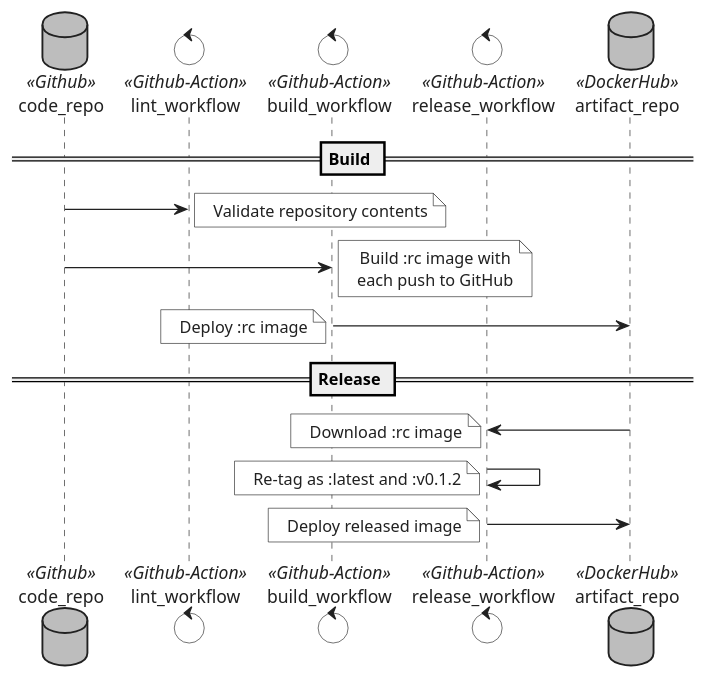
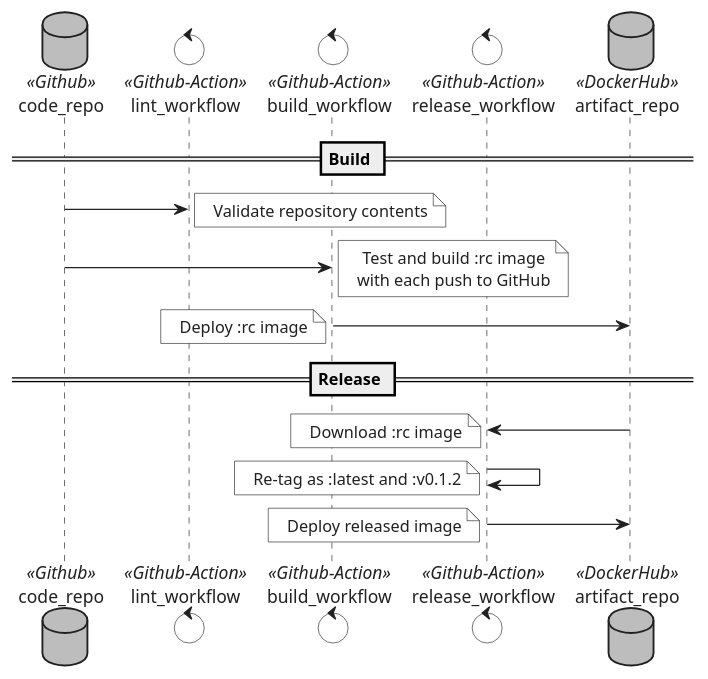
One commit to sommerfeld-io/website changed the diagram in docs/modules/arc42-docs/pages/07-deployment-view.adoc. Above: the diagram before and after it, drawn with PlantUML.

Commit message:
deployment diagram

```diff
--- a/docs/modules/arc42-docs/pages/07-deployment-view.adoc
+++ b/docs/modules/arc42-docs/pages/07-deployment-view.adoc
@@ -9,62 +9,62 @@
 [plantuml, puml-build-image, svg]
 ----
 @startuml
 
 'skinparam linetype ortho
 skinparam monochrome false
 skinparam componentStyle uml2
 skinparam backgroundColor transparent
 skinparam ArrowColor #212121
 skinparam NoteBorderColor #212121
 skinparam NoteFontColor #212121
 skinparam NoteBackgroundColor #fff
 skinparam ComponentBorderColor #212121
 skinparam ComponentFontColor #212121
 skinparam DatabaseBorderColor #212121
 skinparam DatabaseBackgroundColor #bdbdbd
 skinparam DatabaseFontColor #212121
 skinparam FileBorderColor #212121
 skinparam FileFontColor #212121
 skinparam ControlBorderColor #212121
 skinparam ControlFontColor #212121
 skinparam RectangleBackgroundColor transparent
 skinparam RectangleBorderColor #212121
 skinparam RectangleFontColor #212121
 skinparam ControlBackgroundColor transparent
 skinparam ControlBorderColor #212121
 skinparam ControlFontColor #212121
 skinparam HexagonBackgroundColor transparent
 skinparam HexagonBorderColor #212121
 skinparam HexagonFontColor #212121
 skinparam ArtifactBorderColor #212121
 skinparam ArtifactFontColor #212121
 skinparam defaultTextAlignment center
 skinparam activity {
     'FontName Ubuntu
     FontName Roboto
 }
 
 database code_repo <<Github>>
 control lint_workflow <<Github-Action>>
 control build_workflow <<Github-Action>>
 control release_workflow <<Github-Action>>
 database artifact_repo <<DockerHub>>
 
 == Build ==
 code_repo -> lint_workflow
 note right: Validate repository contents
 code_repo -> build_workflow
-note right: Build :rc image with\neach push to GitHub
+note right: Test and build :rc image\nwith each push to GitHub
 build_workflow -> artifact_repo
 note left: Deploy :rc image
 
 == Release ==
 artifact_repo -> release_workflow
 note left: Download :rc image
 release_workflow -> release_workflow
 note left: Re-tag as :latest and :v0.1.2
 release_workflow -> artifact_repo
 note left: Deploy released image
 
 @enduml
 ----
```
